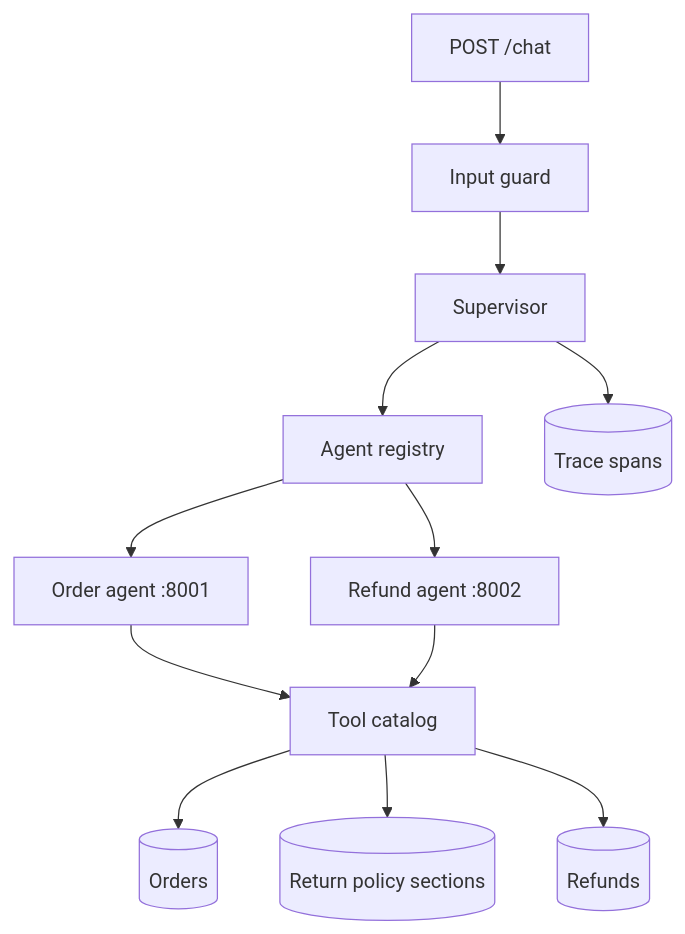
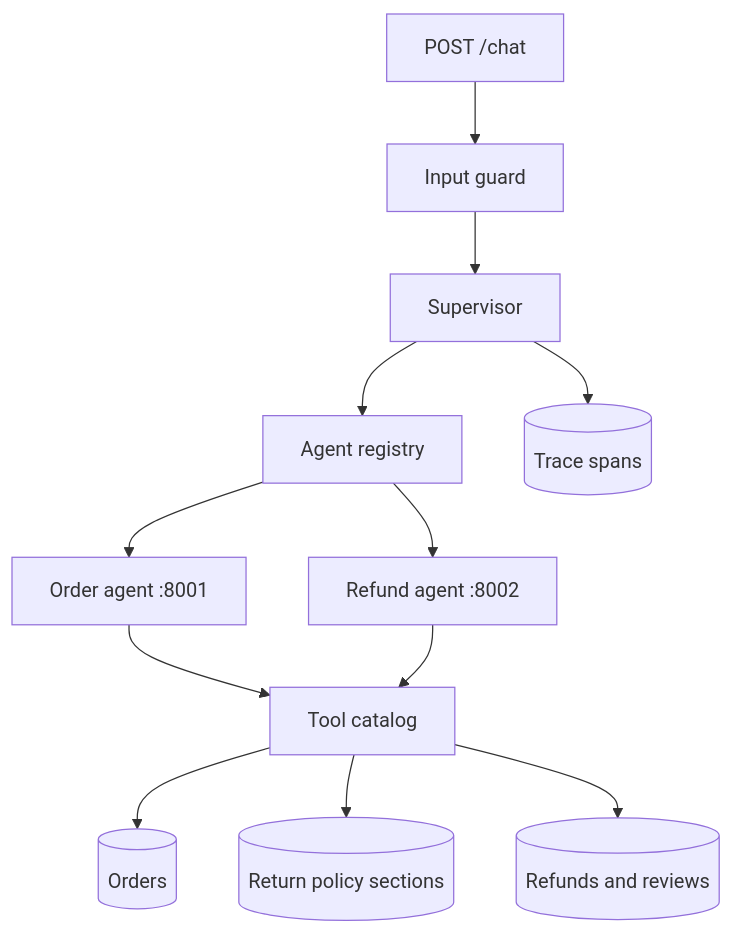
One commit to snehaamr/pluggable-support-agents changed the diagram in README.md. Above: the diagram before and after it, drawn with Mermaid. The commit also changed other lines of this file and 15 other files, not shown here.

First line of the commit message:
Run Order and Refund as their own processes, and save bronze refunds as reviews.

````diff
--- a/README.md
+++ b/README.md
@@ -9,14 +9,14 @@
 ```mermaid
 flowchart TD
     chat[POST /chat] --> guard[Input guard]
     guard --> supervisor[Supervisor]
     supervisor --> registry[Agent registry]
     registry --> orderAgent["Order agent :8001"]
     registry --> refundAgent["Refund agent :8002"]
     orderAgent --> gateway[Tool catalog]
     refundAgent --> gateway
     gateway --> orders[(Orders)]
     gateway --> policy[(Return policy sections)]
-    gateway --> refunds[(Refunds)]
+    gateway --> refunds[(Refunds and reviews)]
     supervisor --> traces[(Trace spans)]
 ```
````
